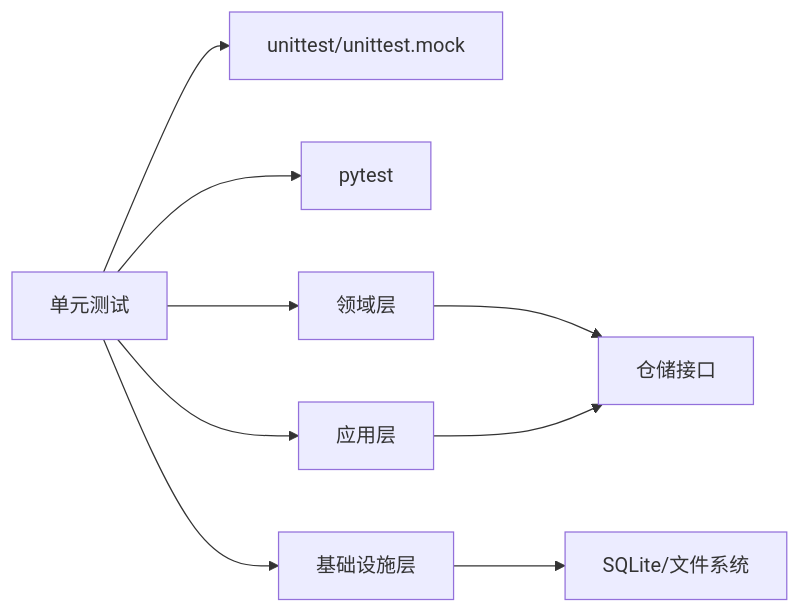
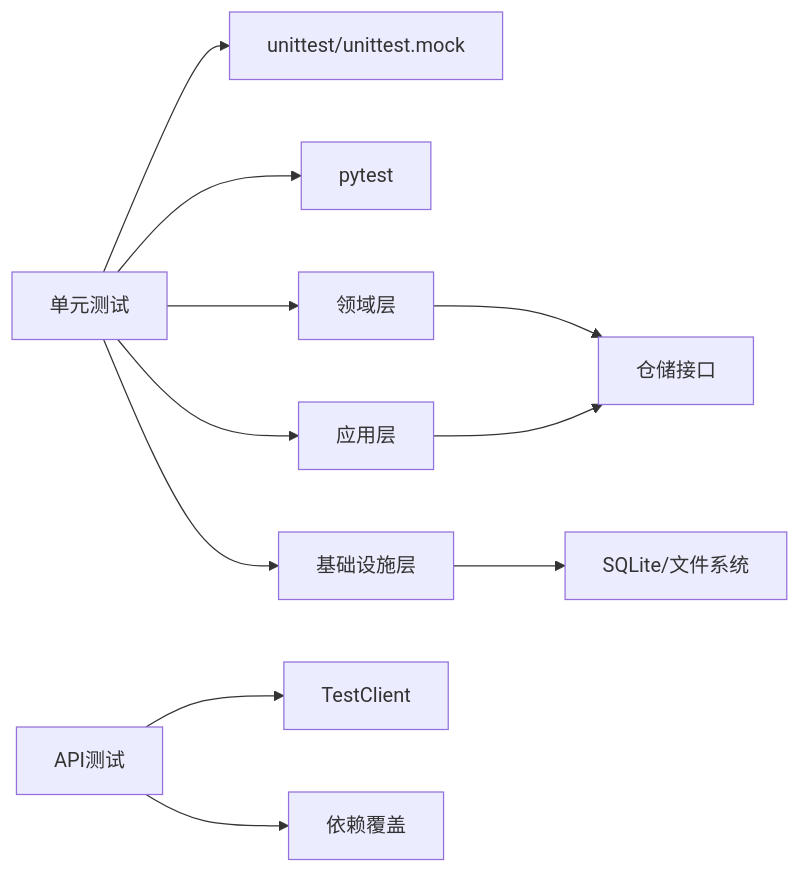
Diagram 11 of 11 in .qoder/repowiki/zh/content/测试策略/测试策略.md (octsfm/InkTrace), drawn with Mermaid before and after one commit. The commit also changed other lines of this file and 25 other files, not shown here.

````diff
--- a/.qoder/repowiki/zh/content/测试策略/测试策略.md
+++ b/.qoder/repowiki/zh/content/测试策略/测试策略.md
@@ -406,11 +554,13 @@
 ```mermaid
 graph LR
 UT["单元测试"] --> M["unittest/unittest.mock"]
 UT --> P["pytest"]
 UT --> D["领域层"]
 UT --> A["应用层"]
 UT --> I["基础设施层"]
 D --> R["仓储接口"]
 A --> R
 I --> DB["SQLite/文件系统"]
+APIT["API测试"] --> TC["TestClient"]
+APIT --> DI["依赖覆盖"]
 ```
````
